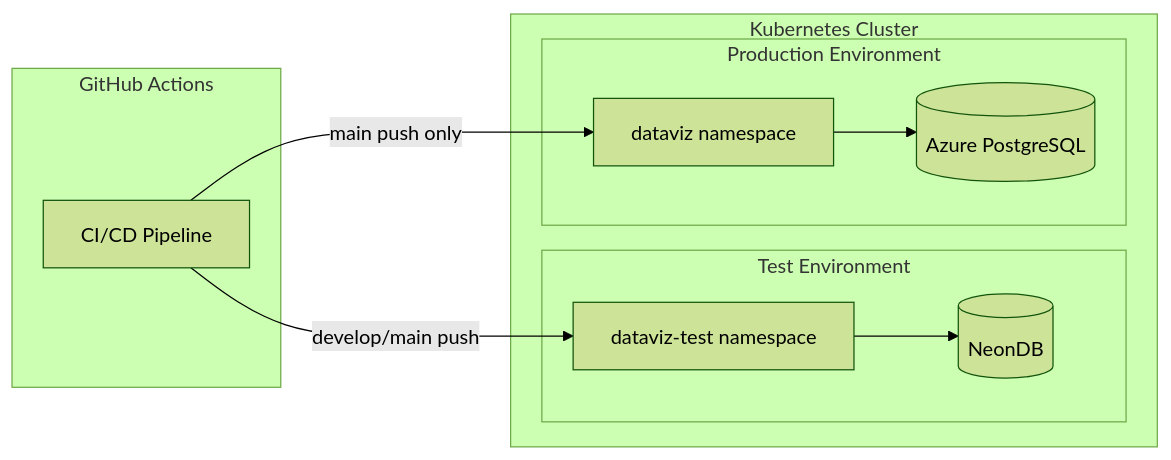
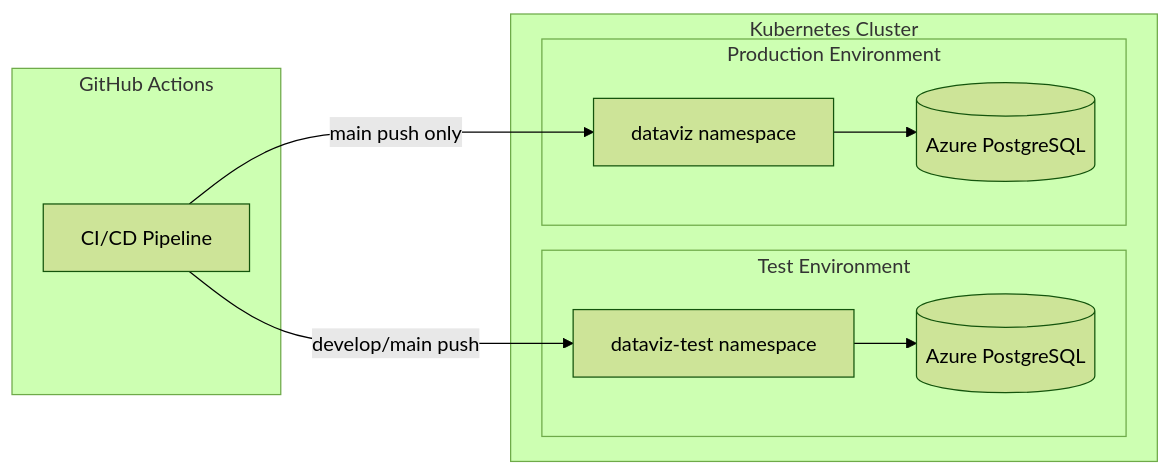
One commit to italia/graph-italia changed diagram 12 of 12 in README.md. Above: the diagram before and after it, drawn with Mermaid (forest theme). The commit also changed other lines of this file, not shown here.

First line of the commit message:
docs: update README - Hono migration, Azure DB, troubleshooting [skip-ci]

````diff
--- a/README.md
+++ b/README.md
@@ -960,23 +962,23 @@
 ```mermaid
 graph LR
     subgraph "GitHub Actions"
         CI[CI/CD Pipeline]
     end
     
     subgraph "Kubernetes Cluster"
         subgraph "Test Environment"
             TestNS[dataviz-test namespace]
-            TestDB[(NeonDB)]
+            TestDB[(Azure PostgreSQL)]
         end
         
         subgraph "Production Environment"
             ProdNS[dataviz namespace]
             ProdDB[(Azure PostgreSQL)]
         end
     end
     
     CI -->|develop/main push| TestNS
     CI -->|main push only| ProdNS
     TestNS --> TestDB
     ProdNS --> ProdDB
 ```
````
